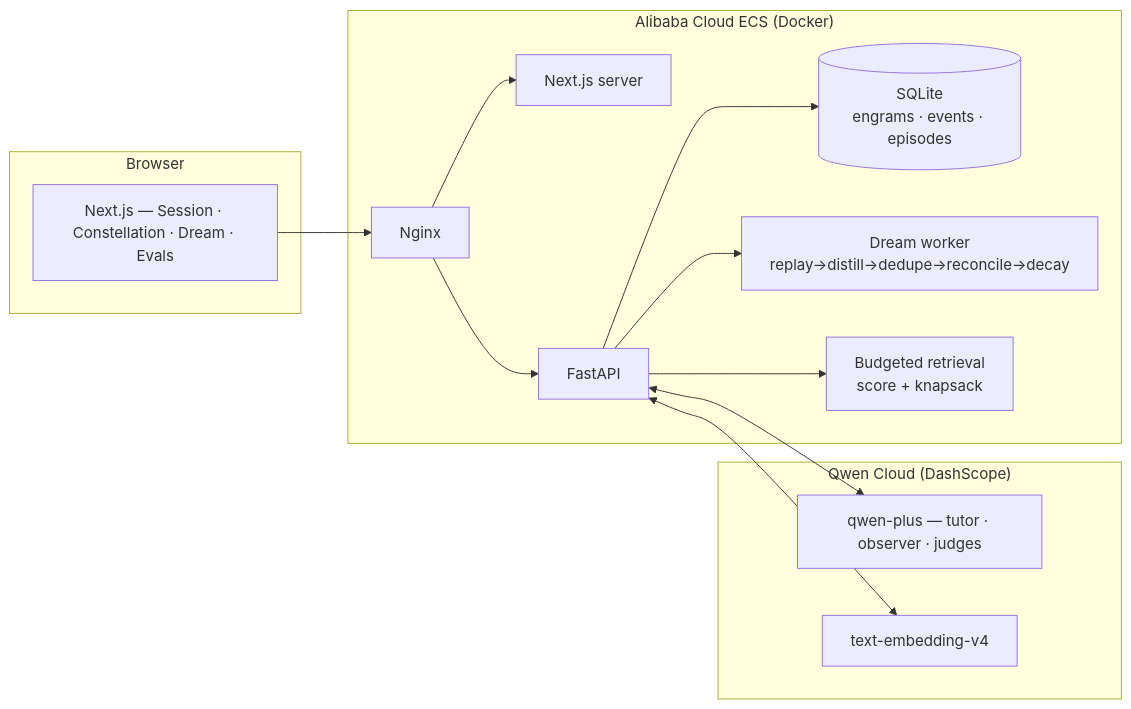
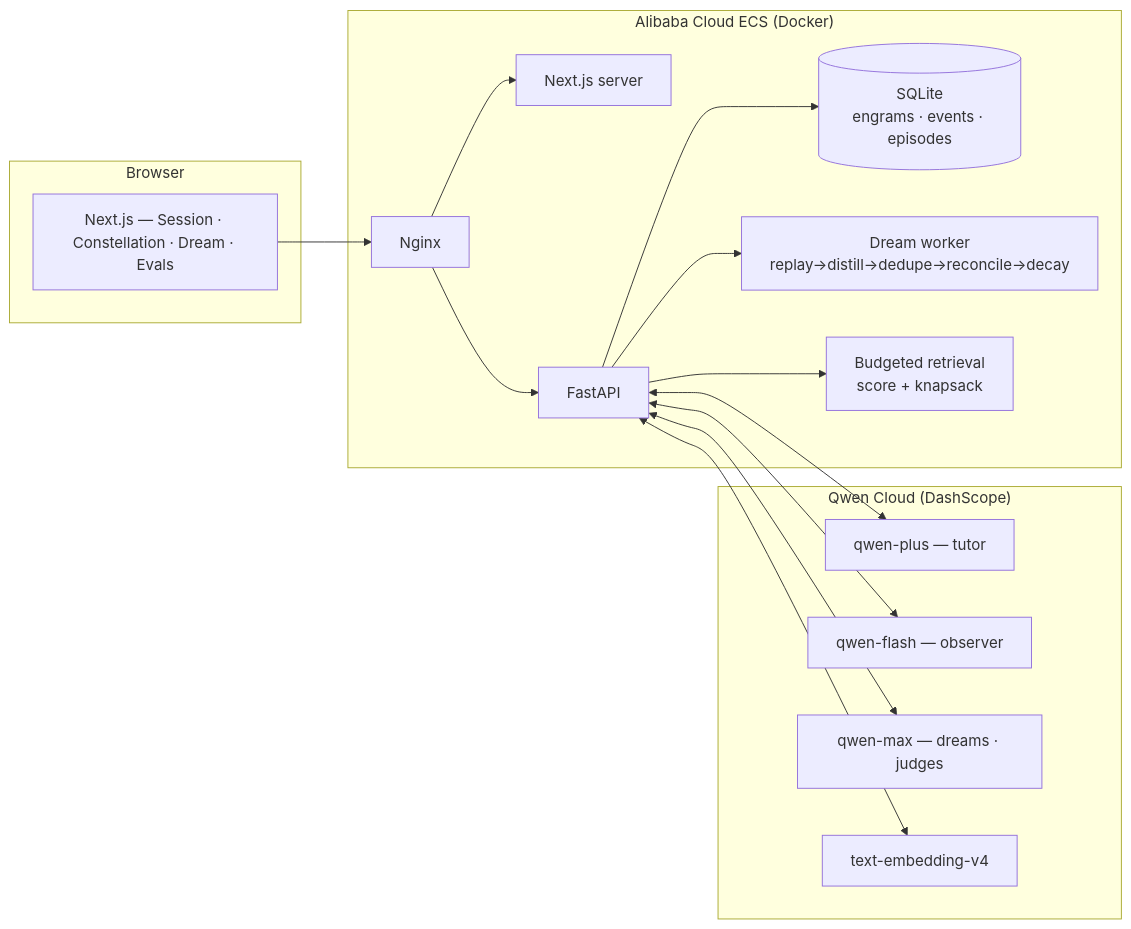
Before and after one commit to anujk22/Reverie: the diagram in docs/ARCHITECTURE.md, drawn with Mermaid. The commit also changed other lines of this file and 54 other files, not shown here.

````diff
--- a/docs/ARCHITECTURE.md
+++ b/docs/ARCHITECTURE.md
@@ -11,20 +13,24 @@
 ```mermaid
 flowchart LR
   subgraph Browser
     UI[Next.js — Session · Constellation · Dream · Evals]
   end
   subgraph "Alibaba Cloud ECS (Docker)"
     NG[Nginx] --> FE[Next.js server]
     NG --> BE[FastAPI]
     BE --> DB[(SQLite\nengrams · events · episodes)]
     BE --> DW[Dream worker\nreplay→distill→dedupe→reconcile→decay]
     BE --> RET[Budgeted retrieval\nscore + knapsack]
   end
   subgraph "Qwen Cloud (DashScope)"
-    QP[qwen-plus — tutor · observer · judges]
+    QP[qwen-plus — tutor]
+    QF[qwen-flash — observer]
+    QM[qwen-max — dreams · judges]
     QE[text-embedding-v4]
   end
   BE <--> QP
+  BE <--> QF
+  BE <--> QM
   BE <--> QE
   UI --> NG
 ```
````
